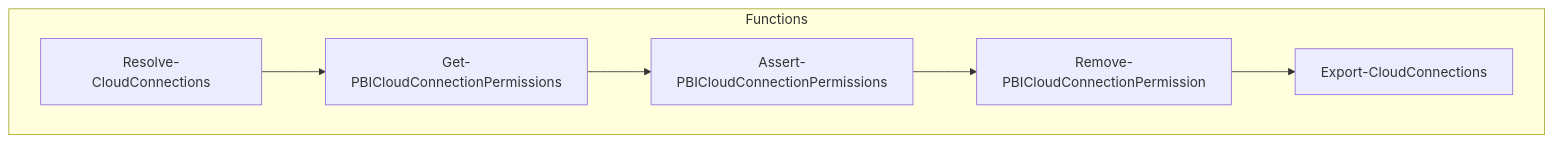
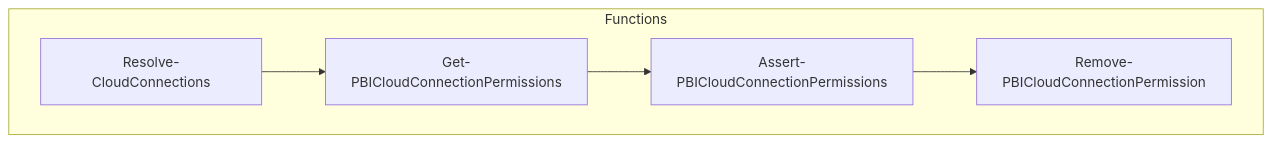
Before and after one commit to zerofailed/ZeroFailed.Deploy.PowerBI: the second of 2 diagrams in README.md, drawn with Mermaid. The commit also changed other lines of this file, not shown here.

````diff
--- a/README.md
+++ b/README.md
@@ -53,15 +53,13 @@
 ```mermaid
 graph TD
     A[Resolve Configuration] --> B[Retrieve Existing Permissions]
     B --> C[Ensure Role Assignments]
     C --> D[Remove Unnecessary Permissions]
-    D --> E[Export Cloud Connections]
 
     subgraph Functions
         A[Resolve-CloudConnections]
         B[Get-PBICloudConnectionPermissions]
         C[Assert-PBICloudConnectionPermissions]
         D[Remove-PBICloudConnectionPermission]
-        E[Export-CloudConnections]
     end
 ```
````
